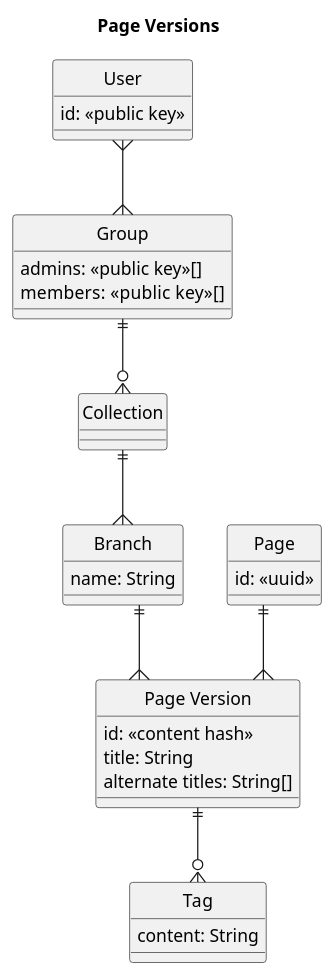
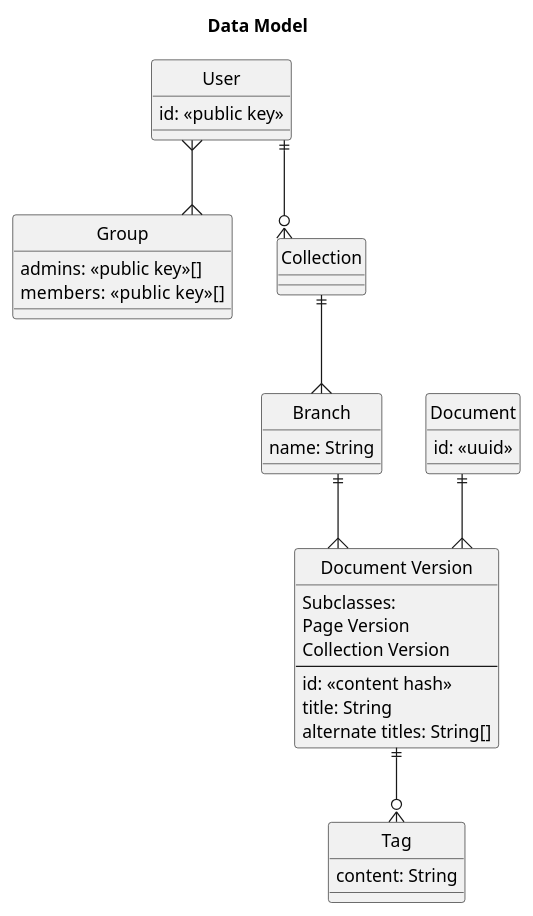
The first of 3 diagrams in README.md (wikinodes-net/wikinodes), drawn with PlantUML before and after one commit. The commit also changed other lines of this file, not shown here.

Commit message:
Improve arch

````diff
--- a/README.md
+++ b/README.md
@@ -86,39 +93,43 @@
 ```plantuml
-title Page Versions
+title Data Model
 hide circle
 skinparam linetype ortho
 
 entity User {
     id: <<public key>>
 }
 
 entity Group {
     admins: <<public key>>[]
     members:  <<public key>>[]
 }
 
 entity Branch {
     name: String
 }
 
-entity Page {
+entity Document {
     id: <<uuid>>
 }
 
 entity Tag {
     content: String
 }
 
-entity "Page Version" {
+entity "Document Version" {
+    Subclasses:
+    Page Version
+    Collection Version
+    ---
     id: <<content hash>>
     title: String
     alternate titles: String[]
 }
 
-"Page Version" ||--o{ Tag
+"Document Version" ||--o{ Tag
 User }--{ Group
-Group ||--o{ Collection
+User ||--o{ Collection
 Collection ||--{ Branch
-Branch ||--{ "Page Version"
-Page ||--{ "Page Version"
+Branch ||--{ "Document Version"
+Document ||--{ "Document Version"
 ```
````
